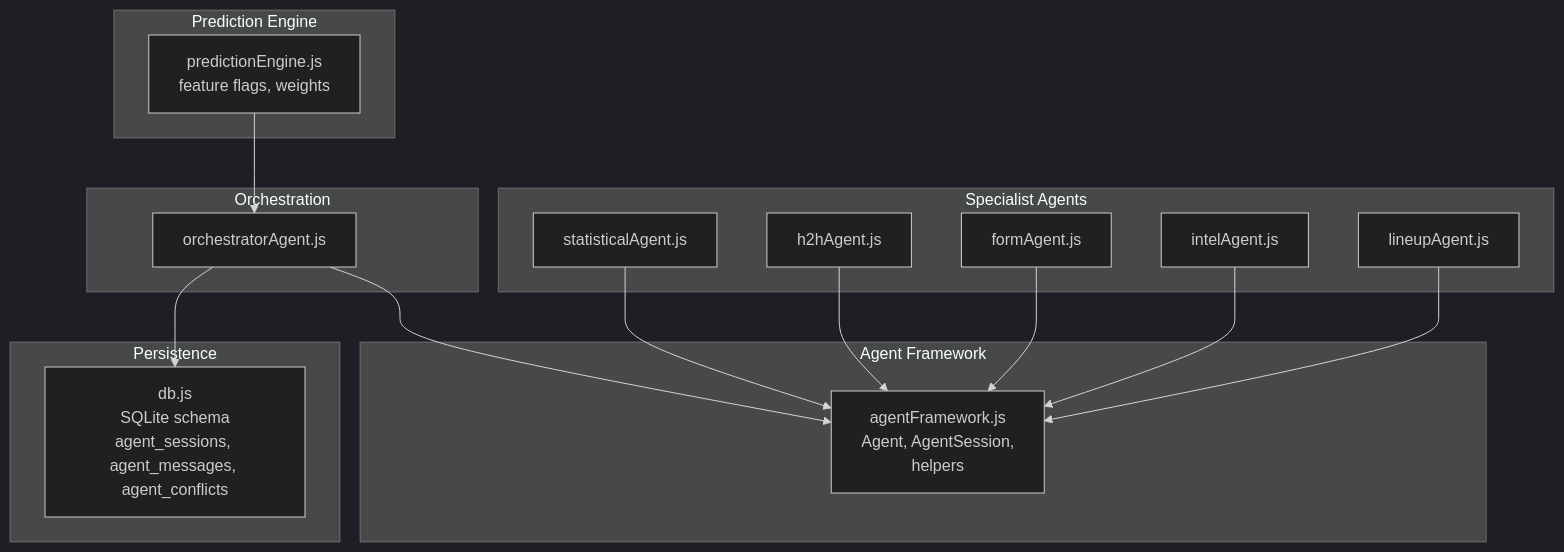
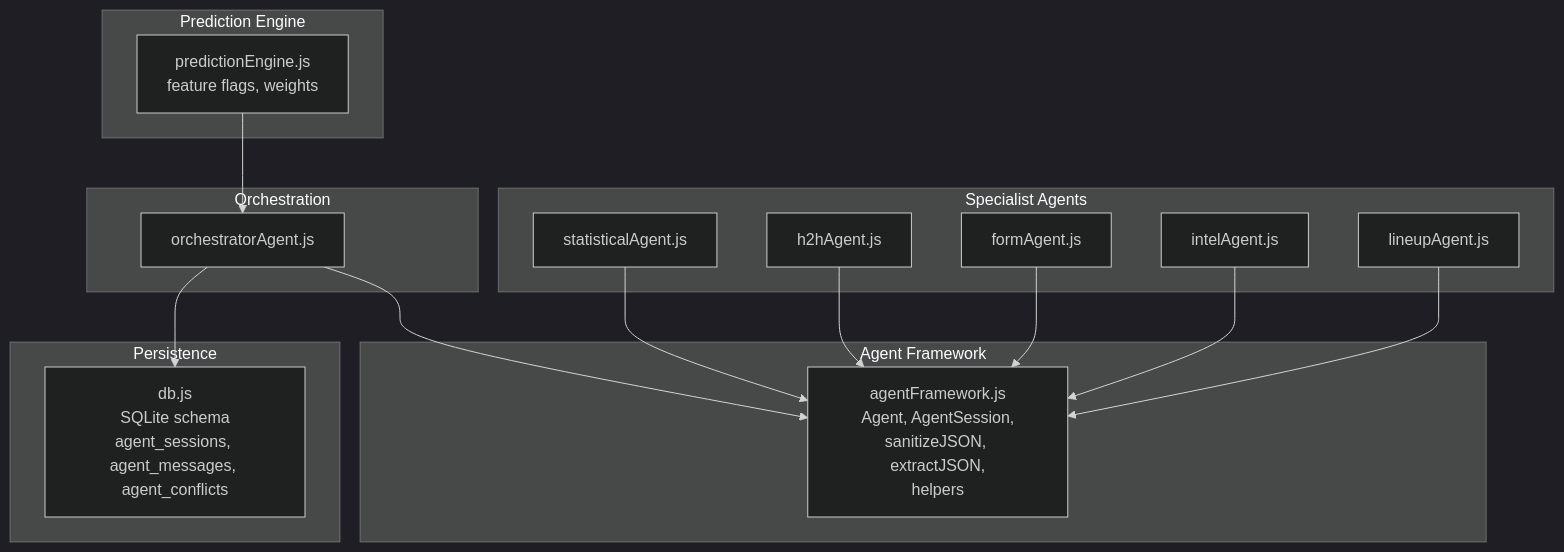
The first of 10 diagrams in .qoder/repowiki/en/content/Multi-Agent AI System/Agent Framework Design.md (cheesiong/WC26-qwen), drawn with Mermaid (dark theme) before and after one commit. The commit also changed other lines of this file and 49 other files, not shown here.

````diff
--- a/.qoder/repowiki/en/content/Multi-Agent AI System/Agent Framework Design.md
+++ b/.qoder/repowiki/en/content/Multi-Agent AI System/Agent Framework Design.md
@@ -35,30 +43,30 @@
 ```mermaid
 graph TB
 subgraph "Agent Framework"
-AF["agentFramework.js<br/>Agent, AgentSession,<br/>helpers"]
+AF["agentFramework.js<br/>Agent, AgentSession,<br/>sanitizeJSON, extractJSON,<br/>helpers"]
 end
 subgraph "Specialist Agents"
 SA["statisticalAgent.js"]
 HA["h2hAgent.js"]
 FA["formAgent.js"]
 IA["intelAgent.js"]
 LA["lineupAgent.js"]
 end
 subgraph "Orchestration"
 OA["orchestratorAgent.js"]
 end
 subgraph "Persistence"
 DB["db.js<br/>SQLite schema<br/>agent_sessions, agent_messages, agent_conflicts"]
 end
 subgraph "Prediction Engine"
 PE["predictionEngine.js<br/>feature flags, weights"]
 end
 OA --> AF
 SA --> AF
 HA --> AF
 FA --> AF
 IA --> AF
 LA --> AF
 OA --> DB
 PE --> OA
 ```
````
